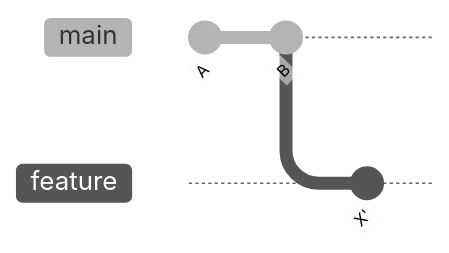
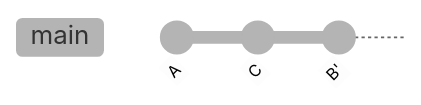
The second of 2 diagrams in docs/guide/rebase.md (ykgw-daiki-nakamura/nakamura-git-tutorial), drawn with Mermaid (neutral theme) before and after one commit. The commit also changed other lines of this file and 2 other files, not shown here.

Commit message:
docs(guide): マージ概念の gitGraph 図解を強化（FF/3-way・マージ方式・rebase 整合）

````diff
--- a/docs/guide/rebase.md
+++ b/docs/guide/rebase.md
@@ -25,8 +25,6 @@
 ```mermaid
 gitGraph
     commit id: "A"
-    commit id: "B"
-    branch feature
-    checkout feature
-    commit id: "X'"
+    commit id: "C"
+    commit id: "B'"
 ```
````
